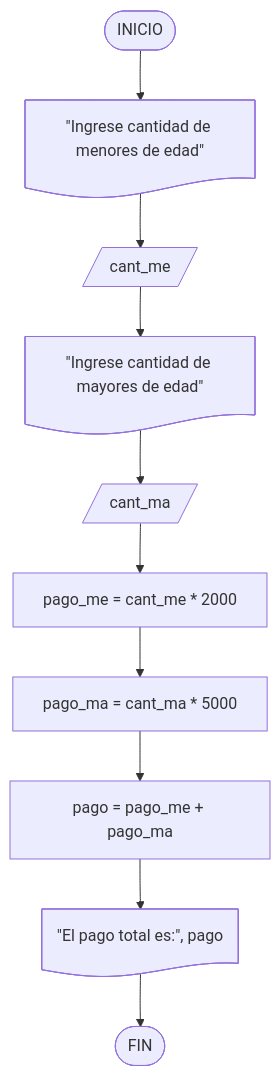
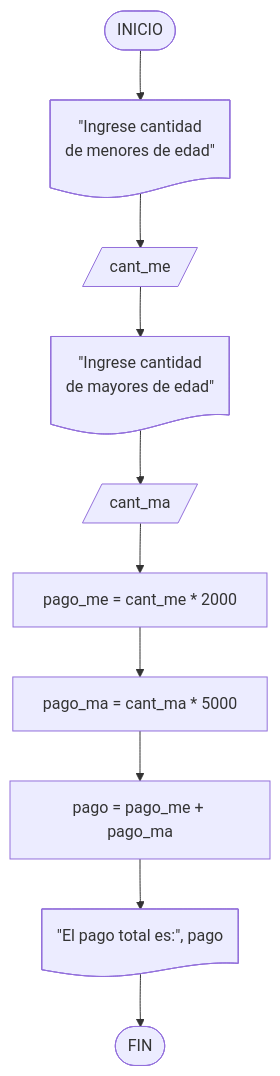
One commit to BenjaminSerrano/principios-programacion changed the fifth of 6 diagrams in docs/core/introduction/flowcharts.md. Above: the diagram before and after it, drawn with Mermaid. The commit also changed other lines of this file and 2 other files, not shown here.

Commit message:
Fix MathJax rendering and flowchart text truncation
- Fix mathjax.js: remove ignoreHtmlClass that blocked arithmatex elements,
  add guard to prevent TypeError when document$ fires before MathJax loads
- Add line breaks in long flowchart doc nodes to prevent text truncation
- Restore LaTeX formula in coding.md now that MathJax renders correctly

````diff
--- a/docs/core/introduction/flowcharts.md
+++ b/docs/core/introduction/flowcharts.md
@@ -296,12 +296,12 @@
     ``` mermaid
     flowchart TD
-        A([INICIO]) --> B@{ shape: doc, label: "\"Ingrese cantidad de menores de edad\"" }
+        A([INICIO]) --> B@{ shape: doc, label: "\"Ingrese cantidad<br/>de menores de edad\"" }
         B --> C[/cant_me/]
-        C --> D@{ shape: doc, label: "\"Ingrese cantidad de mayores de edad\"" }
+        C --> D@{ shape: doc, label: "\"Ingrese cantidad<br/>de mayores de edad\"" }
         D --> E[/cant_ma/]
         E --> F["pago_me = cant_me * 2000"]
         F --> G["pago_ma = cant_ma * 5000"]
         G --> H["pago = pago_me + pago_ma"]
         H --> I@{ shape: doc, label: "\"El pago total es:\", pago" }
         I --> J([FIN])
     ```
````
